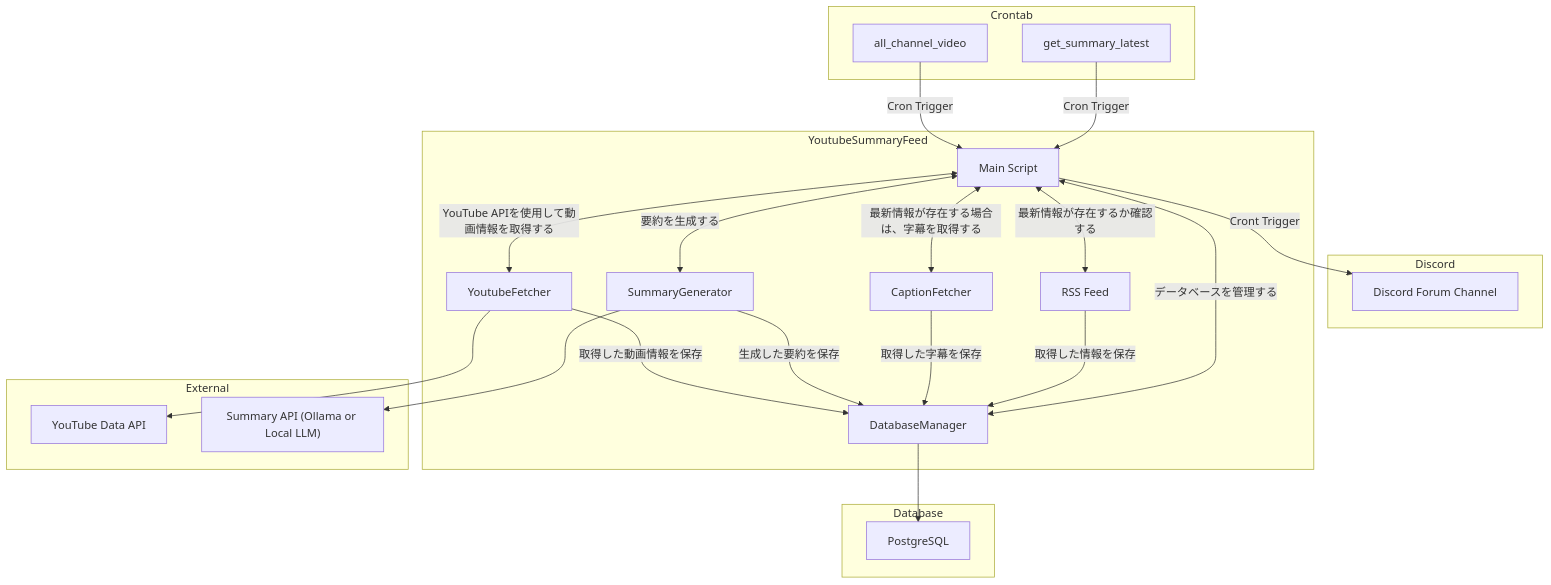
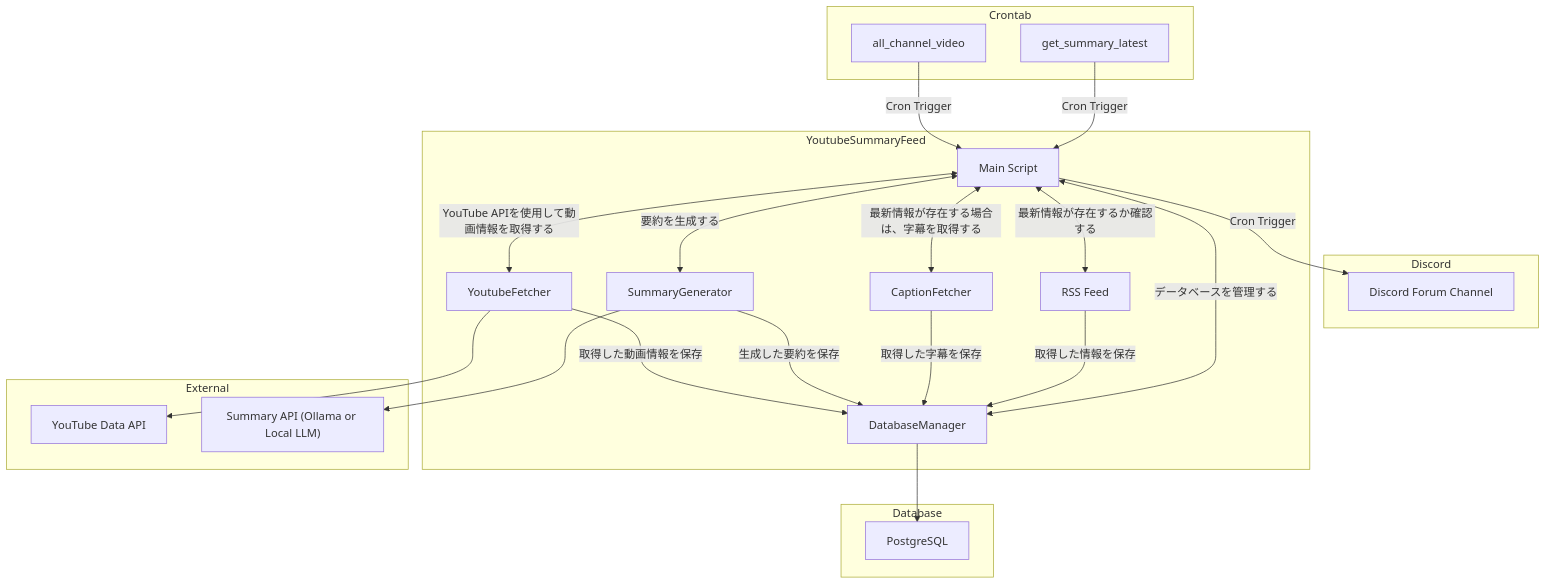
The diagram in document/architecture.md (hoshimins/youtube_summary_bot), drawn with Mermaid before and after one commit. The commit also changed 1 other file, not shown here.

Commit message:
modify:タイポの修正

````diff
--- a/document/architecture.md
+++ b/document/architecture.md
@@ -1,58 +1,58 @@
 ```mermaid
 graph TD
     subgraph Crontab
         LatestVideo[get_summary_latest]
         AllChannelVideo[all_channel_video]
     end
 
     subgraph Discord
         DChannel[Discord Forum Channel]
     end
 
     subgraph YoutubeSummaryFeed
         MainScript[Main Script]
         RSSFeed[RSS Feed]
         YoutubeFetcher[YoutubeFetcher]
         CaptionFetcher[CaptionFetcher]
         SummaryGenerator[SummaryGenerator]
         DatabaseManager[DatabaseManager]
     end
 
     subgraph External
         YTAPI["YouTube Data API"]
         Ollama["Summary API (Ollama or Local LLM)"]
     end
 
     subgraph Database
         Postgres["PostgreSQL"]
     end
 
     %% Crontab flow
     LatestVideo -->|Cron Trigger| MainScript
     AllChannelVideo -->|Cron Trigger| MainScript
 
 
     %% MainScript internal flow
     MainScript <--> |最新情報が存在するか確認する|RSSFeed
     MainScript <--> |最新情報が存在する場合は、字幕を取得する|CaptionFetcher
     MainScript <--> |要約を生成する|SummaryGenerator
     MainScript <--> |データベースを管理する|DatabaseManager
     MainScript <--> |YouTube APIを使用して動画情報を取得する|YoutubeFetcher
 
     RSSFeed -->|取得した情報を保存| DatabaseManager 
     CaptionFetcher -->|取得した字幕を保存| DatabaseManager
     SummaryGenerator -->|生成した要約を保存| DatabaseManager
     YoutubeFetcher -->|取得した動画情報を保存| DatabaseManager
 
     %% External API calls
     YoutubeFetcher --> YTAPI
     SummaryGenerator --> Ollama
 
     %% Database interactions
     DatabaseManager --> Postgres
 
     %% MainScript outputs
-    MainScript -->|Cront Trigger| DChannel
+    MainScript -->|Cron Trigger| DChannel
 
 
 ```
````
